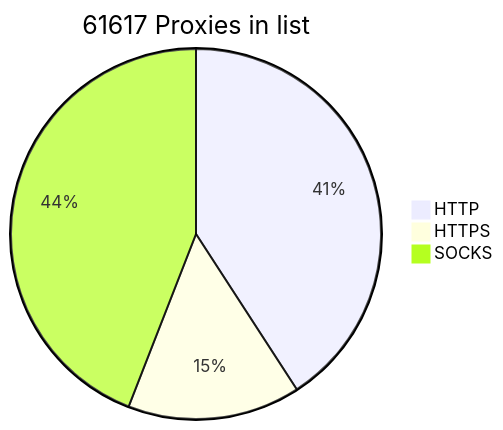
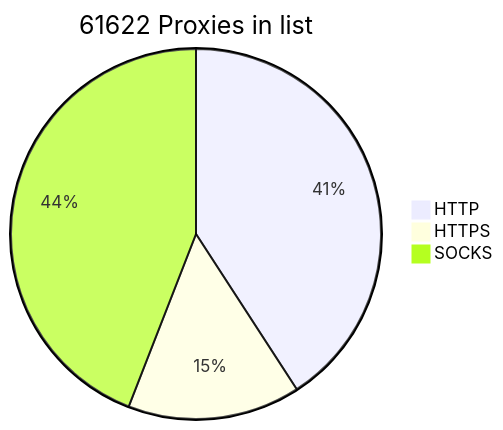
One commit to BlackSnowDot/proxylist-update-every-minute changed the diagram in README.md. Above: the diagram before and after it, drawn with Mermaid.

````diff
--- a/README.md
+++ b/README.md
@@ -2,6 +2,6 @@
 ```mermaid
-pie title 61617 Proxies in list
-    "HTTP" : 28563
+pie title 61622 Proxies in list
+    "HTTP" : 28561
     "HTTPS": 10547
-    "SOCKS" : 30824
+    "SOCKS" : 30829
 ```
````
